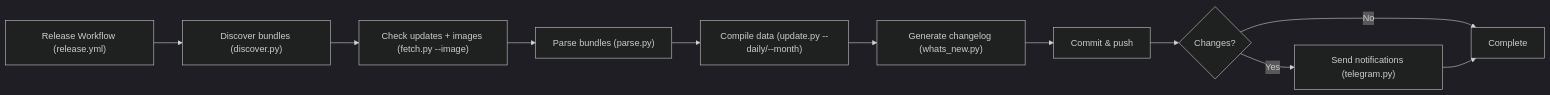
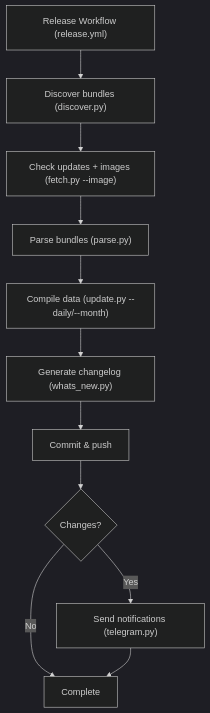
One commit to nvbangg/awesome-for-morphe changed the second of 2 diagrams in CONTRIBUTING.md. Above: the diagram before and after it, drawn with Mermaid (dark theme). The commit also changed other lines of this file and 15 other files, not shown here.

````diff
--- a/CONTRIBUTING.md
+++ b/CONTRIBUTING.md
@@ -60,14 +59,14 @@
 ```mermaid
-flowchart LR
+flowchart TD
     J["Release Workflow (release.yml)"] --> K["Discover bundles (discover.py)"]
     K --> L["Check updates + images (fetch.py --image)"]
     L --> M["Parse bundles (parse.py)"]
     M --> N["Compile data (update.py --daily/--month)"]
     N --> O["Generate changelog (whats_new.py)"]
     O --> P[Commit & push]
     P --> Q{Changes?}
 
     Q -->|Yes| R["Send notifications (telegram.py)"]
     Q -->|No| S[Complete]
     R --> S
 ```
````
